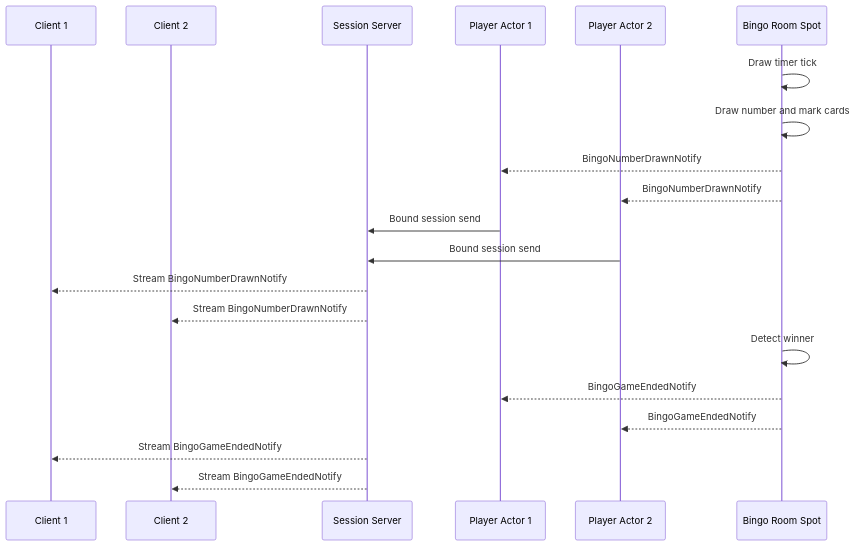
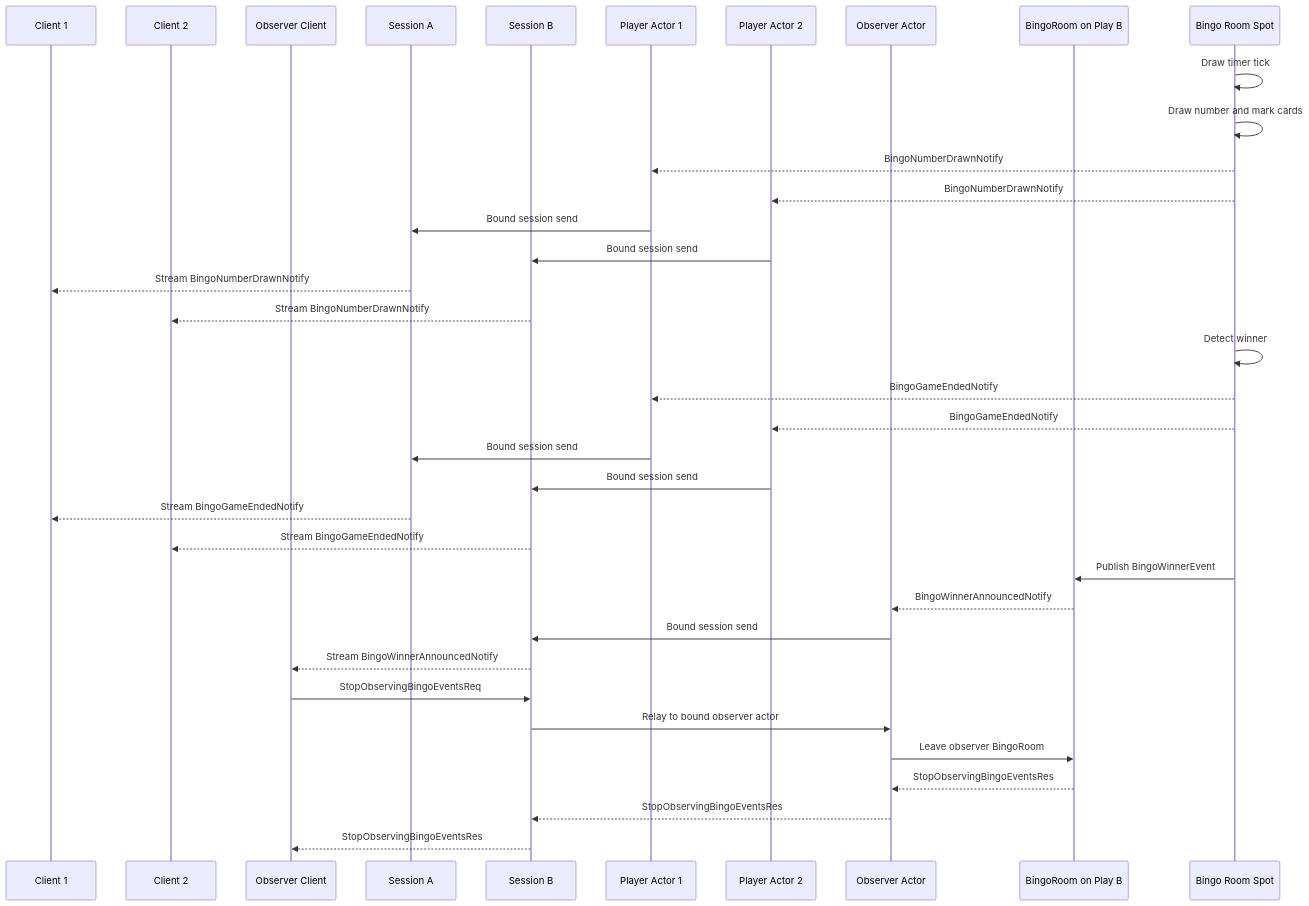
The fourth of 5 diagrams in framework/doc/framework/common/sample/bingo/README.ko.md (kairos-code-dev/zlink), drawn with Mermaid before and after one commit. The commit also changed other lines of this file and 108 other files, not shown here.

````diff
--- a/framework/doc/framework/common/sample/bingo/README.ko.md
+++ b/framework/doc/framework/common/sample/bingo/README.ko.md
@@ -618,23 +858,39 @@
 ```mermaid
 sequenceDiagram
     participant C1 as Client 1
     participant C2 as Client 2
-    participant S as Session Server
+    participant O as Observer Client
+    participant S1 as Session A
+    participant S2 as Session B
     participant A1 as Player Actor 1
     participant A2 as Player Actor 2
+    participant A3 as Observer Actor
+    participant BR2 as BingoRoom on Play B
     participant R as Bingo Room Spot
 
     R->>R: Draw timer tick
     R->>R: Draw number and mark cards
     R-->>A1: BingoNumberDrawnNotify
     R-->>A2: BingoNumberDrawnNotify
-    A1->>S: Bound session send
-    A2->>S: Bound session send
-    S-->>C1: Stream BingoNumberDrawnNotify
-    S-->>C2: Stream BingoNumberDrawnNotify
+    A1->>S1: Bound session send
+    A2->>S2: Bound session send
+    S1-->>C1: Stream BingoNumberDrawnNotify
+    S2-->>C2: Stream BingoNumberDrawnNotify
     R->>R: Detect winner
     R-->>A1: BingoGameEndedNotify
     R-->>A2: BingoGameEndedNotify
-    S-->>C1: Stream BingoGameEndedNotify
-    S-->>C2: Stream BingoGameEndedNotify
+    A1->>S1: Bound session send
+    A2->>S2: Bound session send
+    S1-->>C1: Stream BingoGameEndedNotify
+    S2-->>C2: Stream BingoGameEndedNotify
+    R->>BR2: Publish BingoWinnerEvent
+    BR2-->>A3: BingoWinnerAnnouncedNotify
+    A3->>S2: Bound session send
+    S2-->>O: Stream BingoWinnerAnnouncedNotify
+    O->>S2: StopObservingBingoEventsReq
+    S2->>A3: Relay to bound observer actor
+    A3->>BR2: Leave observer BingoRoom
+    BR2-->>A3: StopObservingBingoEventsRes
+    A3-->>S2: StopObservingBingoEventsRes
+    S2-->>O: StopObservingBingoEventsRes
 ```
````
